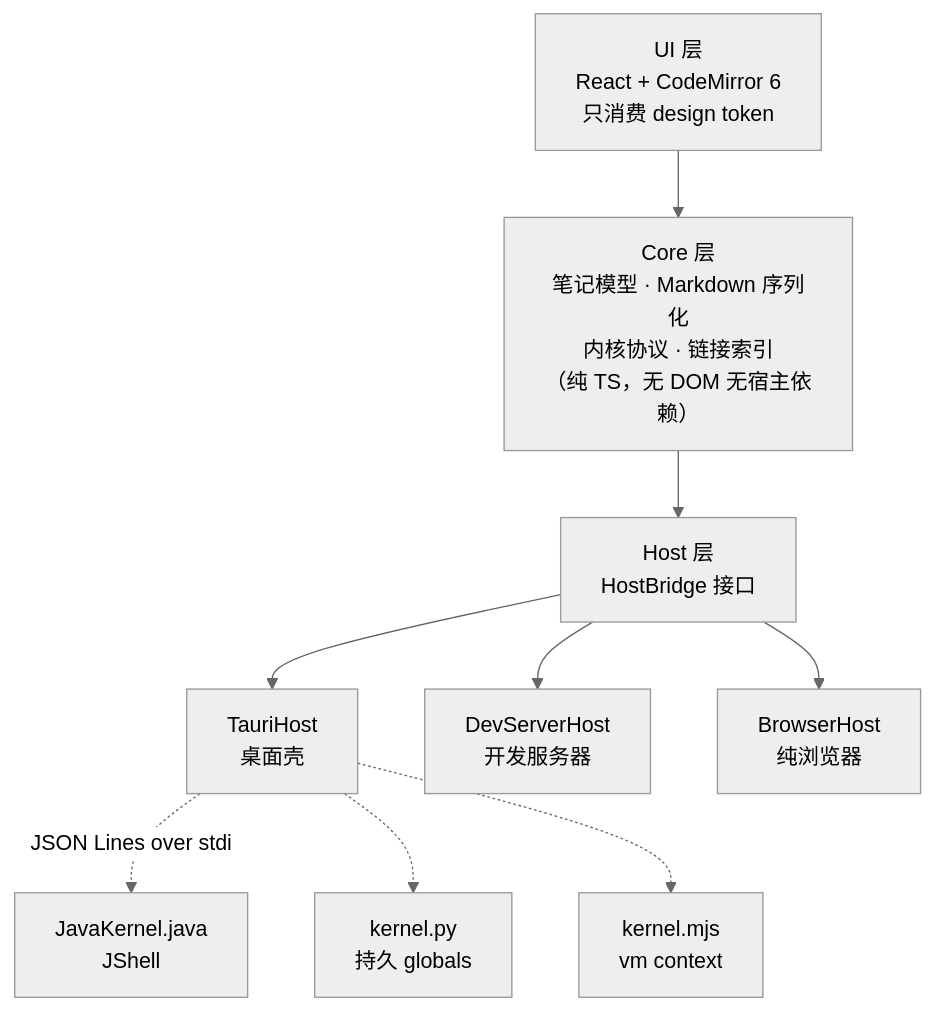
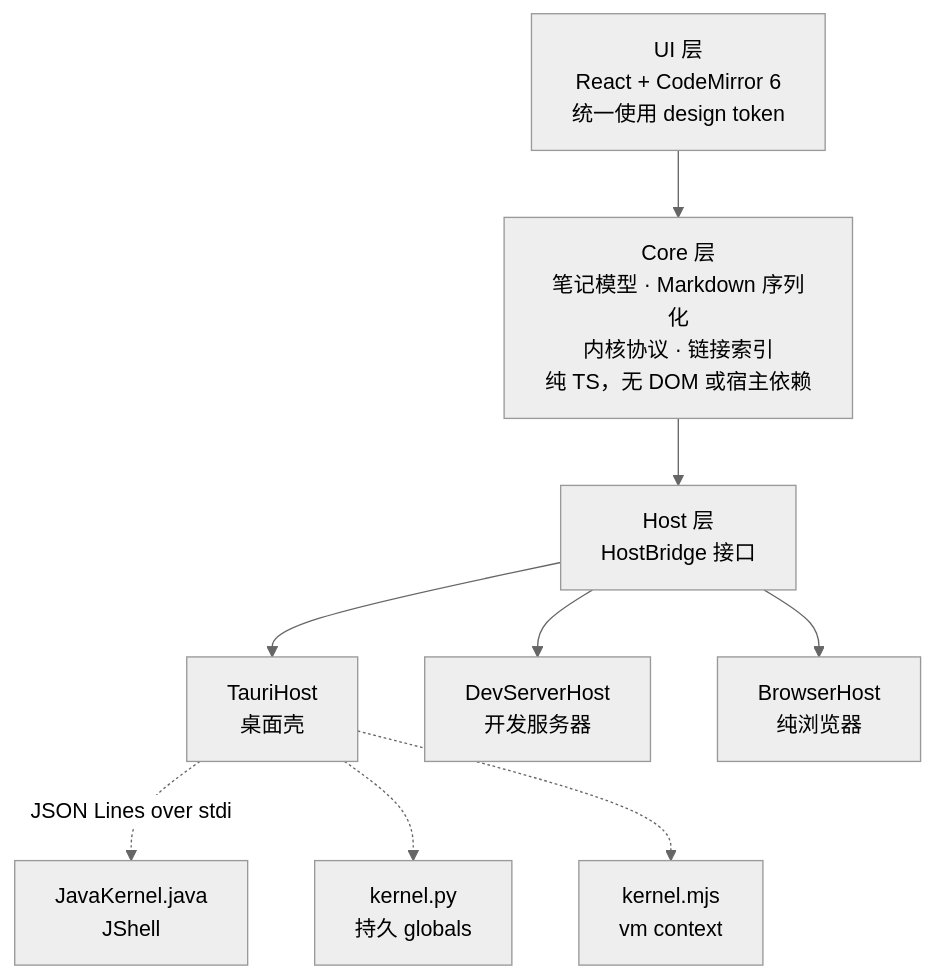
Before and after one commit to imelonkid/notex: the diagram in README.md, drawn with Mermaid (neutral theme). The commit also changed other lines of this file, not shown here.

````diff
--- a/README.md
+++ b/README.md
@@ -142,21 +170,21 @@
 ```mermaid
 flowchart TB
-    UI["UI 层<br/>React + CodeMirror 6<br/>只消费 design token"]
-    Core["Core 层<br/>笔记模型 · Markdown 序列化<br/>内核协议 · 链接索引<br/>（纯 TS，无 DOM 无宿主依赖）"]
+    UI["UI 层<br/>React + CodeMirror 6<br/>统一使用 design token"]
+    Core["Core 层<br/>笔记模型 · Markdown 序列化<br/>内核协议 · 链接索引<br/>纯 TS，无 DOM 或宿主依赖"]
     Host["Host 层<br/>HostBridge 接口"]
     Tauri["TauriHost<br/>桌面壳"]
     Dev["DevServerHost<br/>开发服务器"]
     Browser["BrowserHost<br/>纯浏览器"]
     K1["JavaKernel.java<br/>JShell"]
     K2["kernel.py<br/>持久 globals"]
     K3["kernel.mjs<br/>vm context"]
 
     UI --> Core
     Core --> Host
     Host --> Tauri
     Host --> Dev
     Host --> Browser
     Tauri -.JSON Lines over stdio.-> K1
     Tauri -.-> K2
     Tauri -.-> K3
 ```
````
